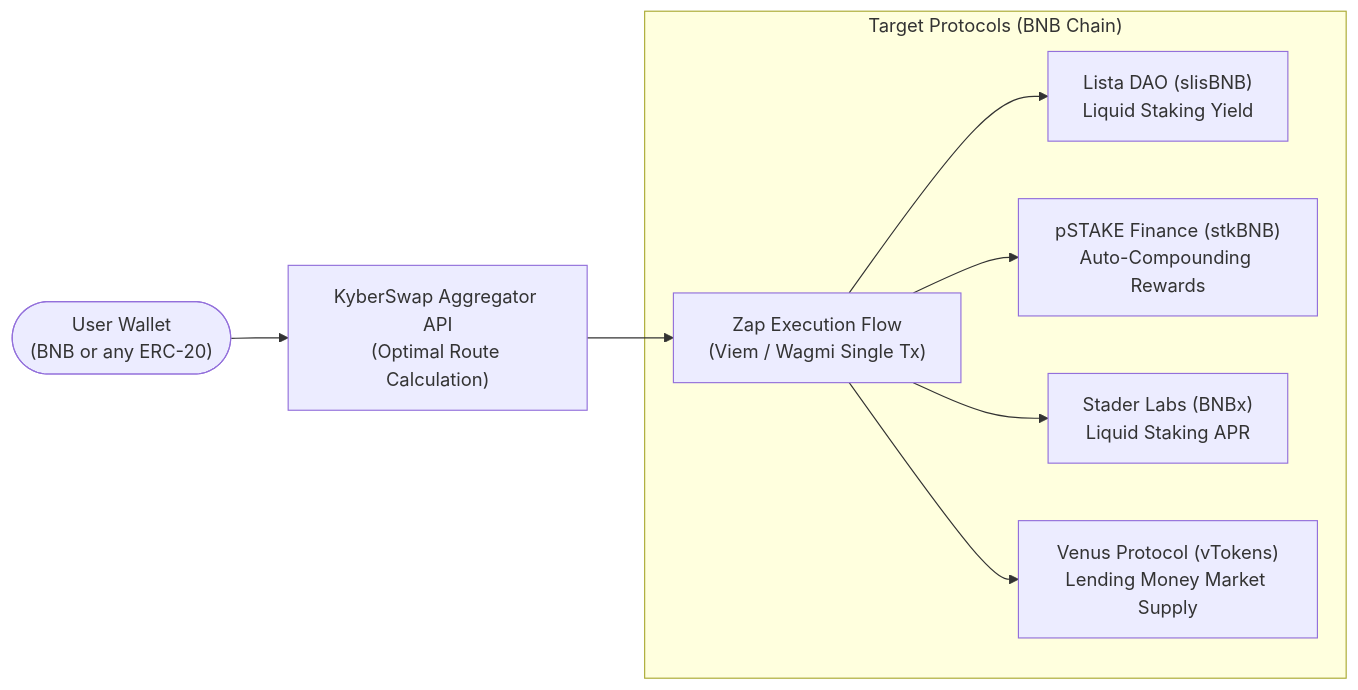
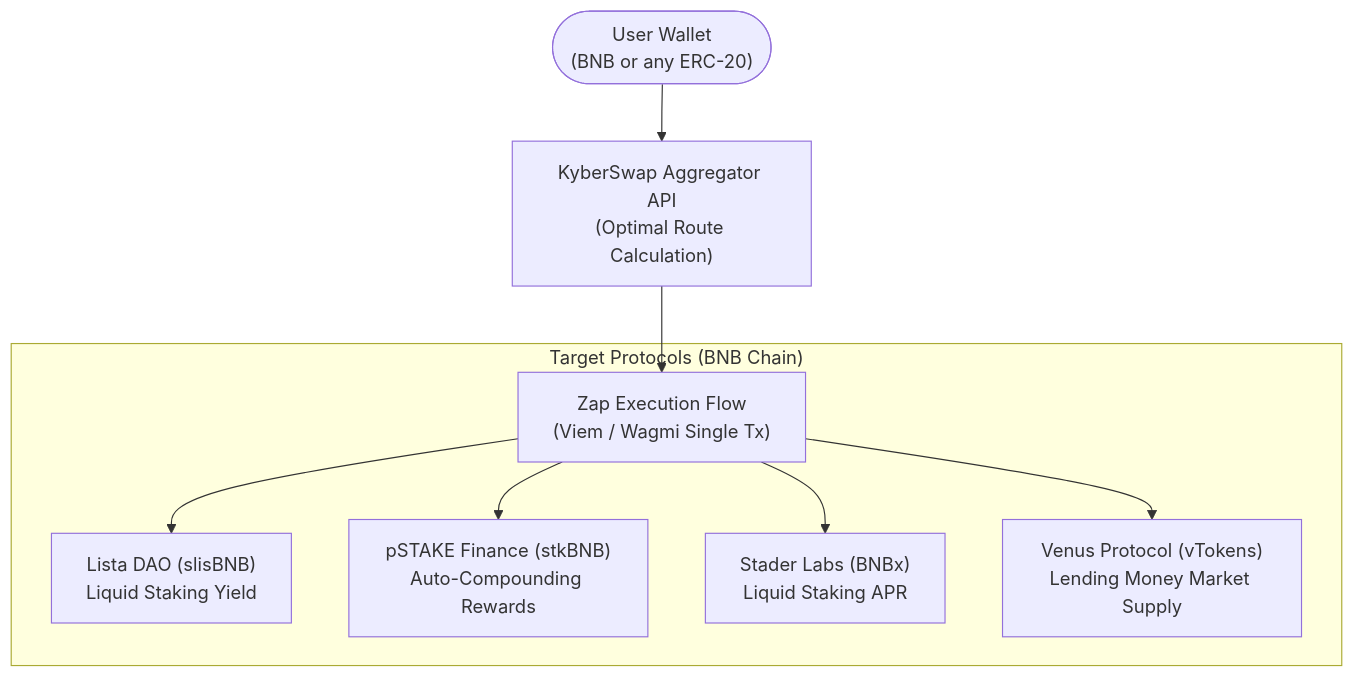
Before and after one commit to Lukecele/arbitrage-inc-earn: the diagram in README.md, drawn with Mermaid.

Commit message:
docs: optimize Mermaid diagram layout to TD for mobile viewport responsiveness

````diff
--- a/README.md
+++ b/README.md
@@ -20,12 +20,12 @@
 ```mermaid
-flowchart LR
+flowchart TD
     User(["User Wallet<br>(BNB or any ERC-20)"]) --> Kyber["KyberSwap Aggregator API<br>(Optimal Route Calculation)"]
     Kyber --> Zap["Zap Execution Flow<br>(Viem / Wagmi Single Tx)"]
     
     subgraph YieldVaults ["Target Protocols (BNB Chain)"]
         Zap --> Lista["Lista DAO (slisBNB)<br>Liquid Staking Yield"]
         Zap --> PStake["pSTAKE Finance (stkBNB)<br>Auto-Compounding Rewards"]
         Zap --> Stader["Stader Labs (BNBx)<br>Liquid Staking APR"]
         Zap --> Venus["Venus Protocol (vTokens)<br>Lending Money Market Supply"]
     end
 ```
````
